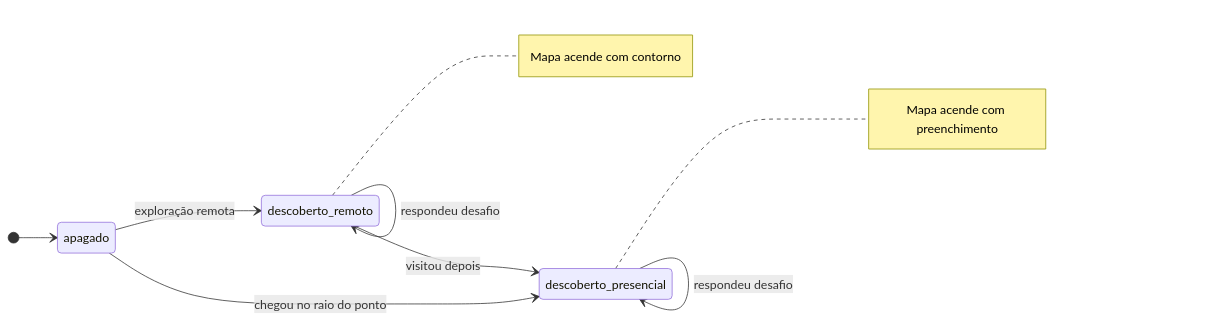
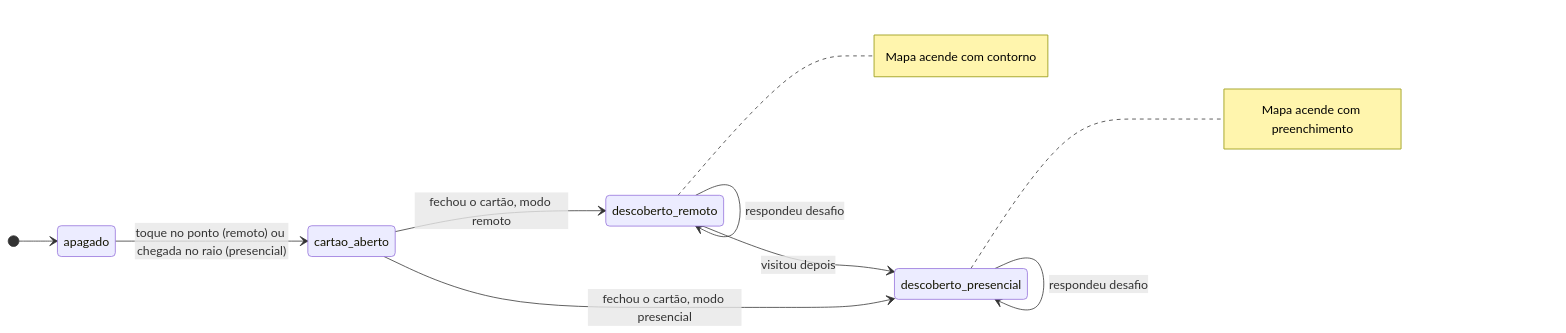
The second of 2 diagrams in docs/arquitetura/03-ciclos-de-vida.md (br-santella/arandu), drawn with Mermaid before and after one commit. The commit also changed other lines of this file and 3 other files, not shown here.

````diff
--- a/docs/arquitetura/03-ciclos-de-vida.md
+++ b/docs/arquitetura/03-ciclos-de-vida.md
@@ -65,17 +65,18 @@
 ```mermaid
 stateDiagram-v2
   direction LR
   [*] --> apagado
-  apagado --> descoberto_remoto : exploração remota
-  apagado --> descoberto_presencial : chegou no raio do ponto
+  apagado --> cartao_aberto : toque no ponto (remoto) ou chegada no raio (presencial)
+  cartao_aberto --> descoberto_remoto : fechou o cartão, modo remoto
+  cartao_aberto --> descoberto_presencial : fechou o cartão, modo presencial
   descoberto_remoto --> descoberto_presencial : visitou depois
   descoberto_remoto --> descoberto_remoto : respondeu desafio
   descoberto_presencial --> descoberto_presencial : respondeu desafio
 
   note right of descoberto_remoto
     Mapa acende com contorno
   end note
   note right of descoberto_presencial
     Mapa acende com preenchimento
   end note
 ```
````
